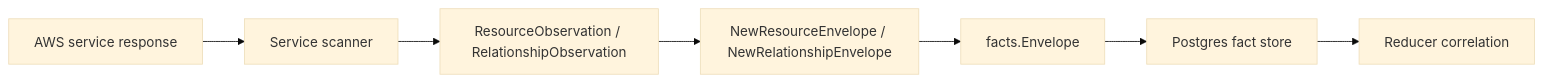
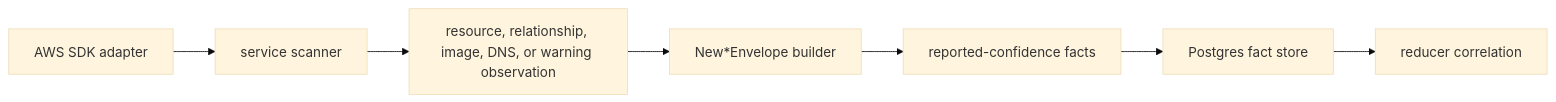
The diagram in go/internal/collector/awscloud/README.md (eshu-hq/eshu), drawn with Mermaid (base theme) before and after one commit. The commit also changed other lines of this file and 584 other files, not shown here.

Commit message:
Rework documentation information architecture

````diff
--- a/go/internal/collector/awscloud/README.md
+++ b/go/internal/collector/awscloud/README.md
@@ -20,9 +12,9 @@
 ```mermaid
 flowchart LR
-  A["AWS service response"] --> B["Service scanner"]
-  B --> C["ResourceObservation / RelationshipObservation"]
-  C --> D["NewResourceEnvelope / NewRelationshipEnvelope"]
-  D --> E["facts.Envelope"]
-  E --> F["Postgres fact store"]
-  F --> G["Reducer correlation"]
+  SDK["AWS SDK adapter"] --> Scanner["service scanner"]
+  Scanner --> Observation["resource, relationship, image, DNS, or warning observation"]
+  Observation --> Envelope["New*Envelope builder"]
+  Envelope --> Facts["reported-confidence facts"]
+  Facts --> Store["Postgres fact store"]
+  Store --> Reducer["reducer correlation"]
 ```
````
